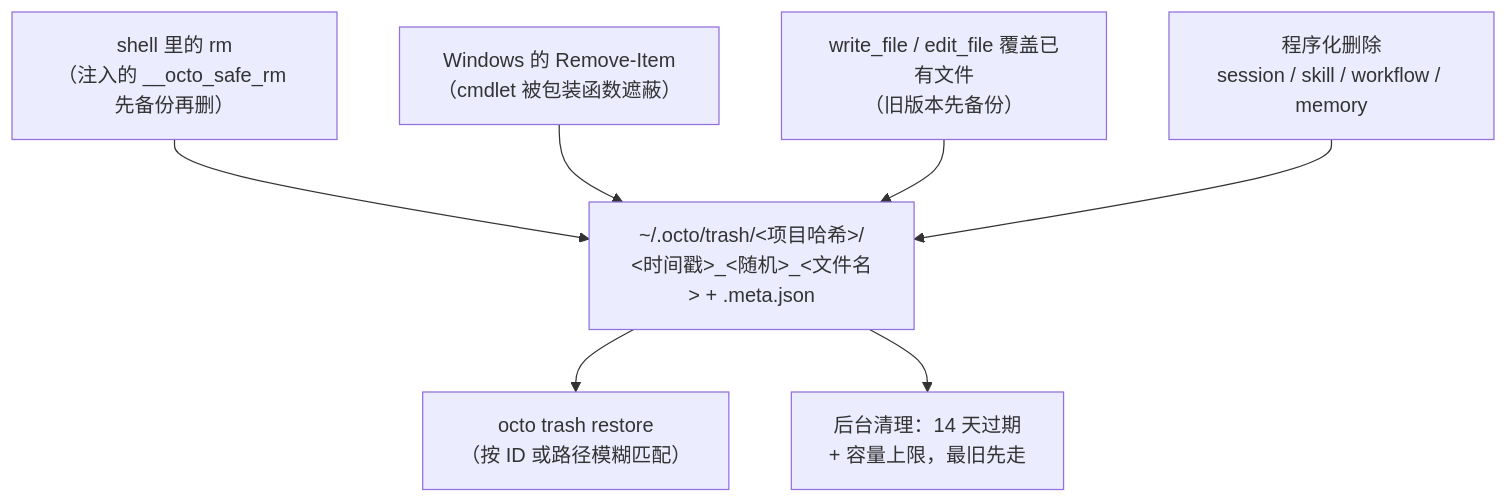
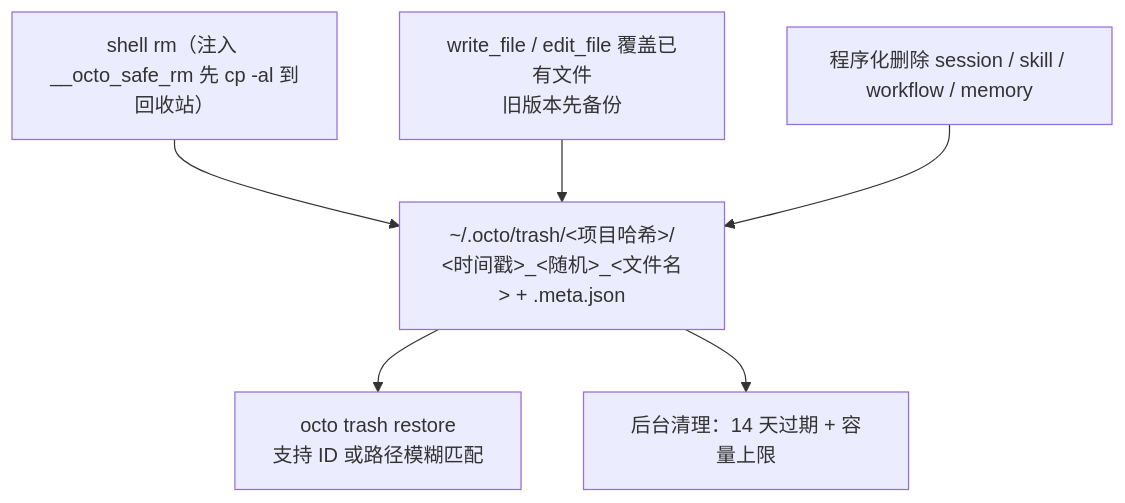
The fifth of 5 diagrams in blog/src/content/posts/zh/architecture-deep-dive.md (qwer233qq/octo-agent), drawn with Mermaid before and after one commit. The commit also changed other lines of this file and 1 other file, not shown here.

````diff
--- a/blog/src/content/posts/zh/architecture-deep-dive.md
+++ b/blog/src/content/posts/zh/architecture-deep-dive.md
@@ -377,10 +290,9 @@
 ```mermaid
 flowchart TD
-    A["shell 里的 rm<br/>（注入的 __octo_safe_rm 先备份再删）"] --> T
-    B["Windows 的 Remove-Item<br/>（cmdlet 被包装函数遮蔽）"] --> T
-    C["write_file / edit_file 覆盖已有文件<br/>（旧版本先备份）"] --> T
-    D["程序化删除<br/>session / skill / workflow / memory"] --> T
+    A["shell rm（注入 __octo_safe_rm 先 cp -al 到回收站）"] --> T
+    B["write_file / edit_file 覆盖已有文件<br/>旧版本先备份"] --> T
+    C["程序化删除 session / skill / workflow / memory"] --> T
     T["~/.octo/trash/<项目哈希>/<br/><时间戳>_<随机>_<文件名> + .meta.json"]
-    T --> R["octo trash restore<br/>（按 ID 或路径模糊匹配）"]
-    T --> E["后台清理：14 天过期<br/>+ 容量上限，最旧先走"]
+    T --> R["octo trash restore<br/>支持 ID 或路径模糊匹配"]
+    T --> E["后台清理：14 天过期 + 容量上限"]
 ```
````
